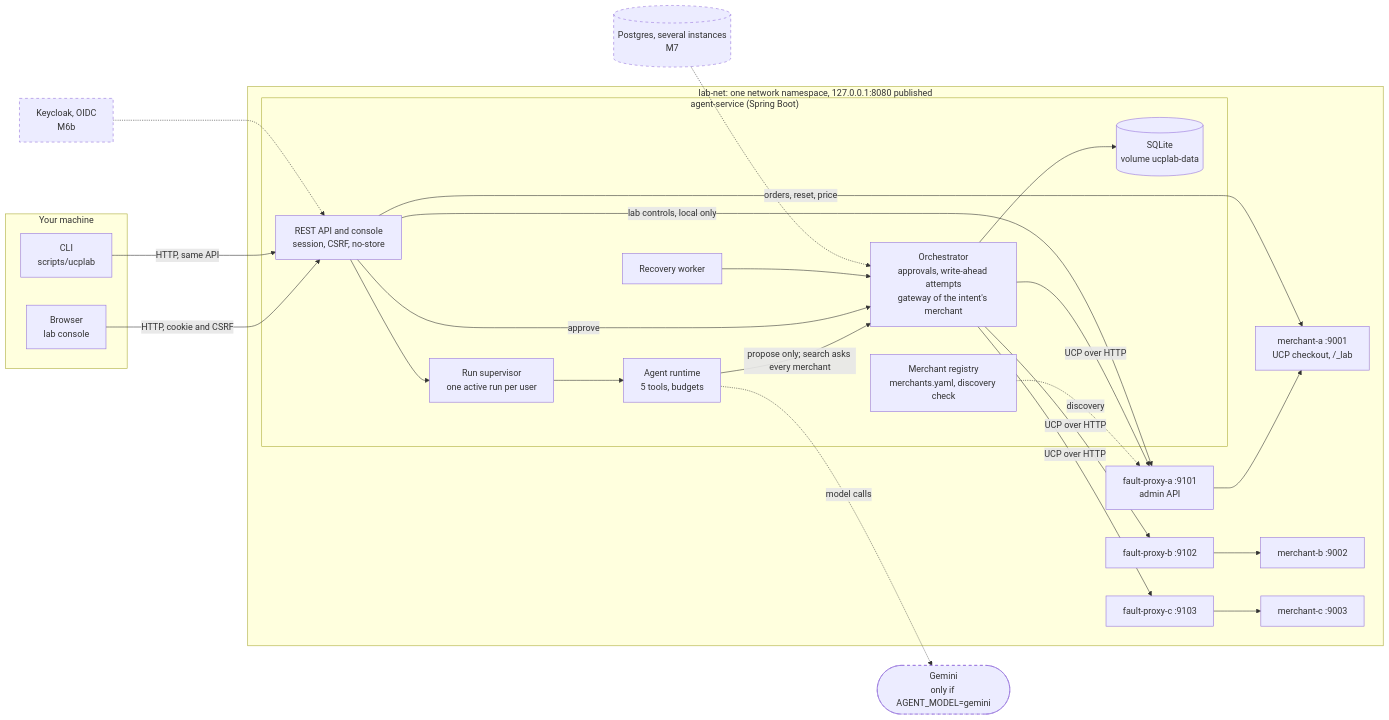
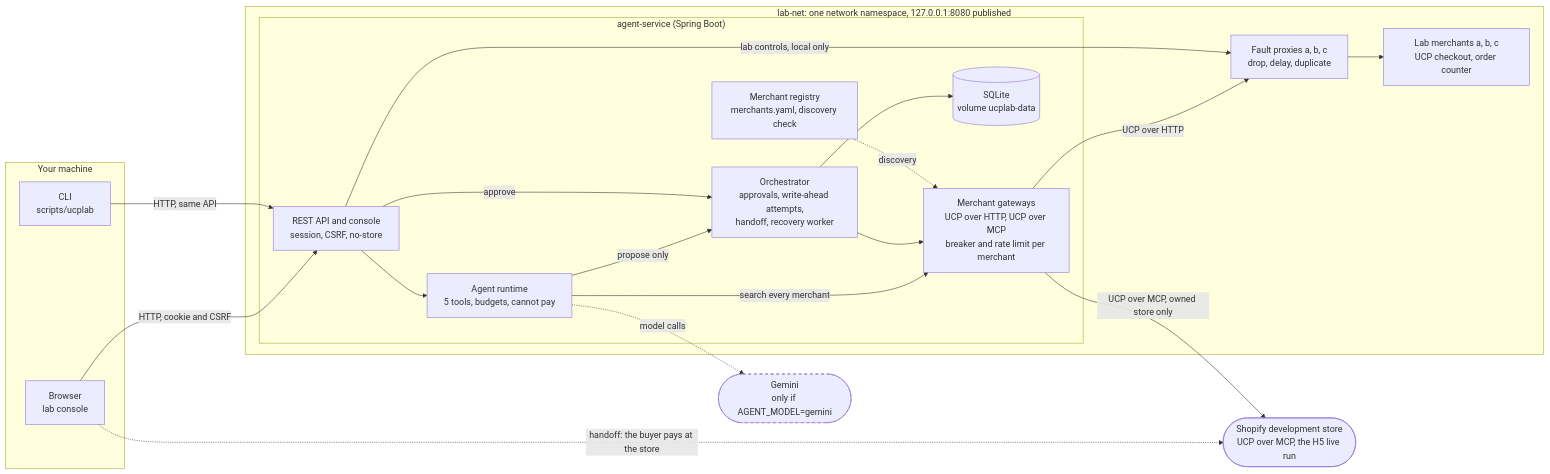
Before and after one commit to pranishpushkar/UCPCheckoutAgent: the diagram in README.md, drawn with Mermaid. The commit also changed other lines of this file and 2 other files, not shown here.

First line of the commit message:
Docs: the README for H5, and the story of the Stage 3 live runs (16, 19, N1)

````diff
--- a/README.md
+++ b/README.md
@@ -70,46 +69,38 @@
 ```mermaid
 flowchart LR
   subgraph host["Your machine"]
     browser["Browser<br/>lab console"]
     cli["CLI<br/>scripts/ucplab"]
   end
   subgraph ns["lab-net: one network namespace, 127.0.0.1:8080 published"]
     subgraph svc["agent-service (Spring Boot)"]
       api["REST API and console<br/>session, CSRF, no-store"]
-      sup["Run supervisor<br/>one active run per user"]
-      rt["Agent runtime<br/>5 tools, budgets"]
+      rt["Agent runtime<br/>5 tools, budgets, cannot pay"]
+      orch["Orchestrator<br/>approvals, write-ahead attempts,<br/>handoff, recovery worker"]
+      gw["Merchant gateways<br/>UCP over HTTP, UCP over MCP<br/>breaker and rate limit per merchant"]
       reg["Merchant registry<br/>merchants.yaml, discovery check"]
-      orch["Orchestrator<br/>approvals, write-ahead attempts<br/>gateway of the intent's merchant"]
-      rec["Recovery worker"]
       db[("SQLite<br/>volume ucplab-data")]
     end
-    proxyA["fault-proxy-a :9101<br/>admin API"]
-    proxyB["fault-proxy-b :9102"]
-    proxyC["fault-proxy-c :9103"]
-    merchantA["merchant-a :9001<br/>UCP checkout, /_lab"]
-    merchantB["merchant-b :9002"]
-    merchantC["merchant-c :9003"]
+    proxies["Fault proxies a, b, c<br/>drop, delay, duplicate"]
+    merchants["Lab merchants a, b, c<br/>UCP checkout, order counter"]
   end
+  shopify(["Shopify development store<br/>UCP over MCP, the H5 live run"])
   gemini(["Gemini<br/>only if AGENT_MODEL=gemini"])
-  keycloak["Keycloak, OIDC<br/>M6b"]
-  pg[("Postgres, several instances<br/>M7")]
 
-  browser -->|HTTP, cookie and CSRF| api
-  cli -->|HTTP, same API| api
-  api --> sup --> rt
-  rt -->|propose only; search asks every merchant| orch
-  api -->|approve| orch
+  browser -->|"HTTP, cookie and CSRF"| api
+  cli -->|"HTTP, same API"| api
+  api --> rt
+  rt -->|"search every merchant"| gw
+  rt -->|"propose only"| orch
+  api -->|"approve"| orch
   orch --> db
-  rec --> orch
-  reg -.->|discovery| proxyA
-  rt -.->|model calls| gemini
-  orch -->|UCP over HTTP| proxyA --> merchantA
-  orch -->|UCP over HTTP| proxyB --> merchantB
-  orch -->|UCP over HTTP| proxyC --> merchantC
-  api -->|lab controls, local only| proxyA
-  api -->|orders, reset, price| merchantA
-  keycloak -.-> api
-  pg -.-> orch
-  classDef next stroke-dasharray: 5 5
-  class keycloak,pg,gemini next
+  orch --> gw
+  reg -.->|"discovery"| gw
+  gw -->|"UCP over HTTP"| proxies --> merchants
+  gw -->|"UCP over MCP, owned store only"| shopify
+  browser -.->|"handoff: the buyer pays at the store"| shopify
+  api -->|"lab controls, local only"| proxies
+  rt -.->|"model calls"| gemini
+  classDef ext stroke-dasharray: 5 5
+  class gemini ext
 ```
````
